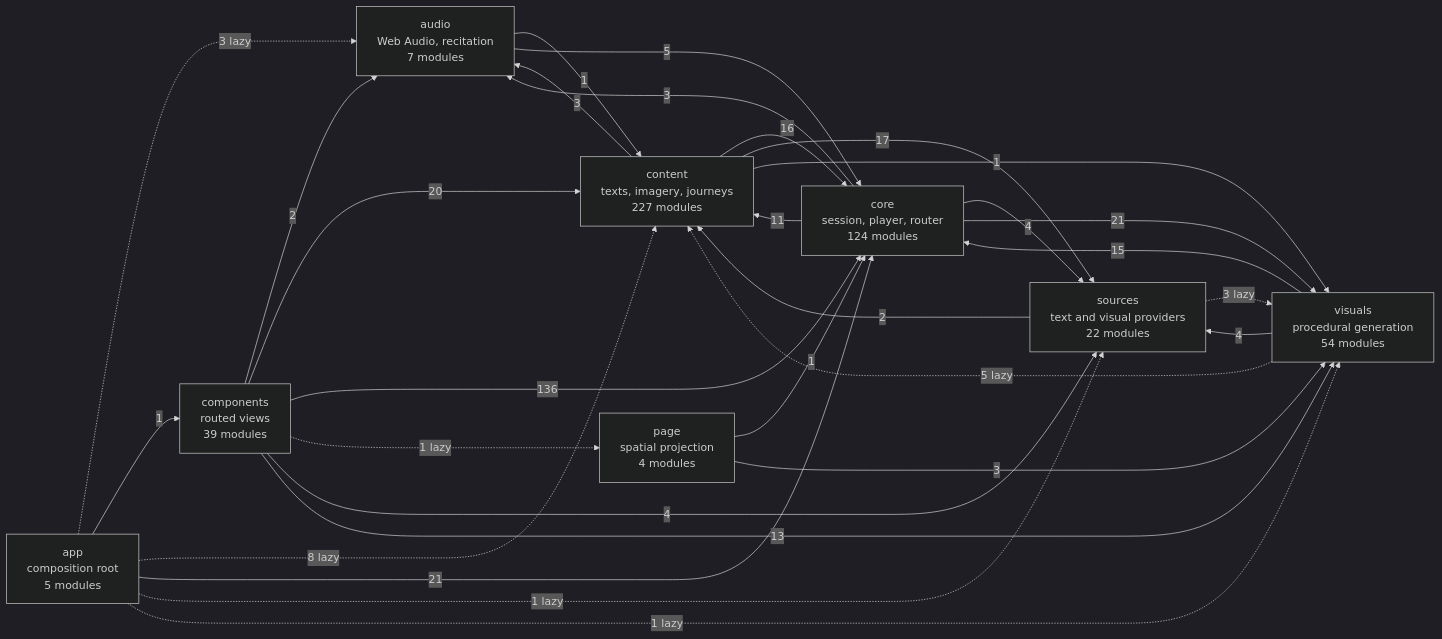
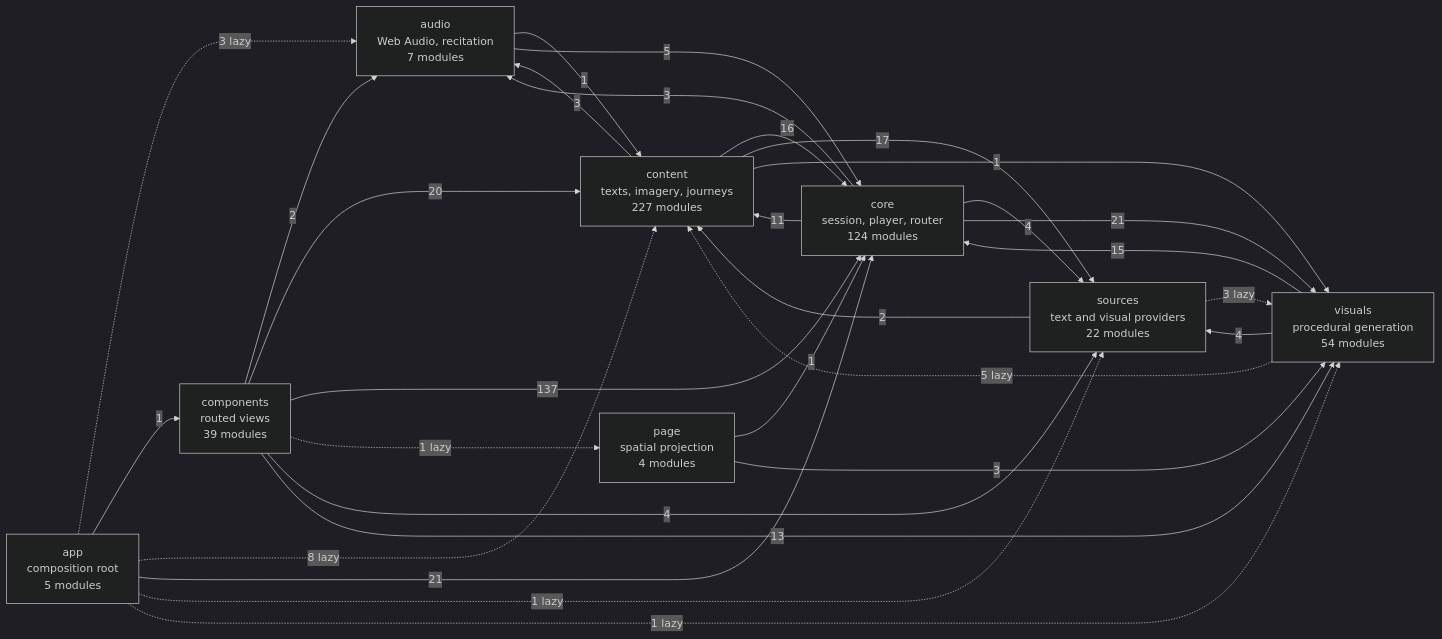
Before and after one commit to SyberLabs/RISE: the diagram in docs/specs/ARCHITECTURE.md, drawn with Mermaid (dark theme).

Commit message:
The diagram counts the scene API's read of the sequence visual

````diff
--- a/docs/specs/ARCHITECTURE.md
+++ b/docs/specs/ARCHITECTURE.md
@@ -149,41 +149,41 @@
 ```mermaid
 flowchart LR
     app["app<br/>composition root<br/>5 modules"]
     audio["audio<br/>Web Audio, recitation<br/>7 modules"]
     components["components<br/>routed views<br/>39 modules"]
     content["content<br/>texts, imagery, journeys<br/>227 modules"]
     core["core<br/>session, player, router<br/>124 modules"]
     page["page<br/>spatial projection<br/>4 modules"]
     sources["sources<br/>text and visual providers<br/>22 modules"]
     visuals["visuals<br/>procedural generation<br/>54 modules"]
 
     app -.-> |3 lazy| audio
     app --> |1| components
     app -.-> |8 lazy| content
     app --> |21| core
     app -.-> |1 lazy| sources
     app -.-> |1 lazy| visuals
     audio --> |1| content
     audio --> |5| core
     components --> |2| audio
     components --> |20| content
-    components --> |136| core
+    components --> |137| core
     components -.-> |1 lazy| page
     components --> |4| sources
     components --> |13| visuals
     content --> |3| audio
     content --> |16| core
     content --> |17| sources
     content --> |1| visuals
     core --> |3| audio
     core --> |11| content
     core --> |4| sources
     core --> |21| visuals
     page --> |1| core
     page --> |3| visuals
     sources --> |2| content
     sources -.-> |3 lazy| visuals
     visuals -.-> |5 lazy| content
     visuals --> |15| core
     visuals --> |4| sources
 ```
````
